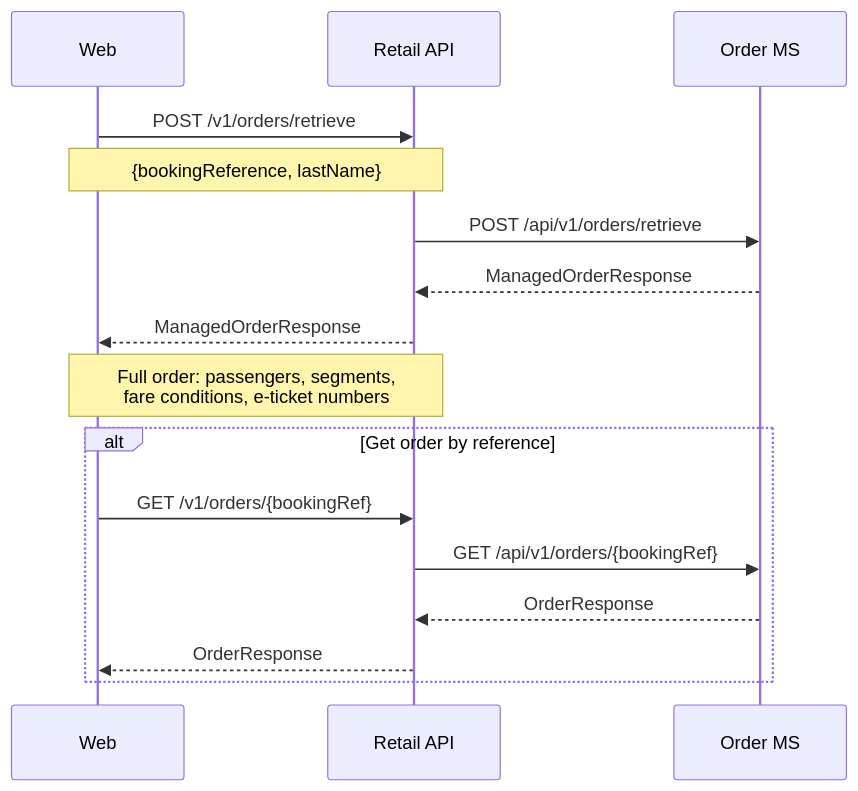
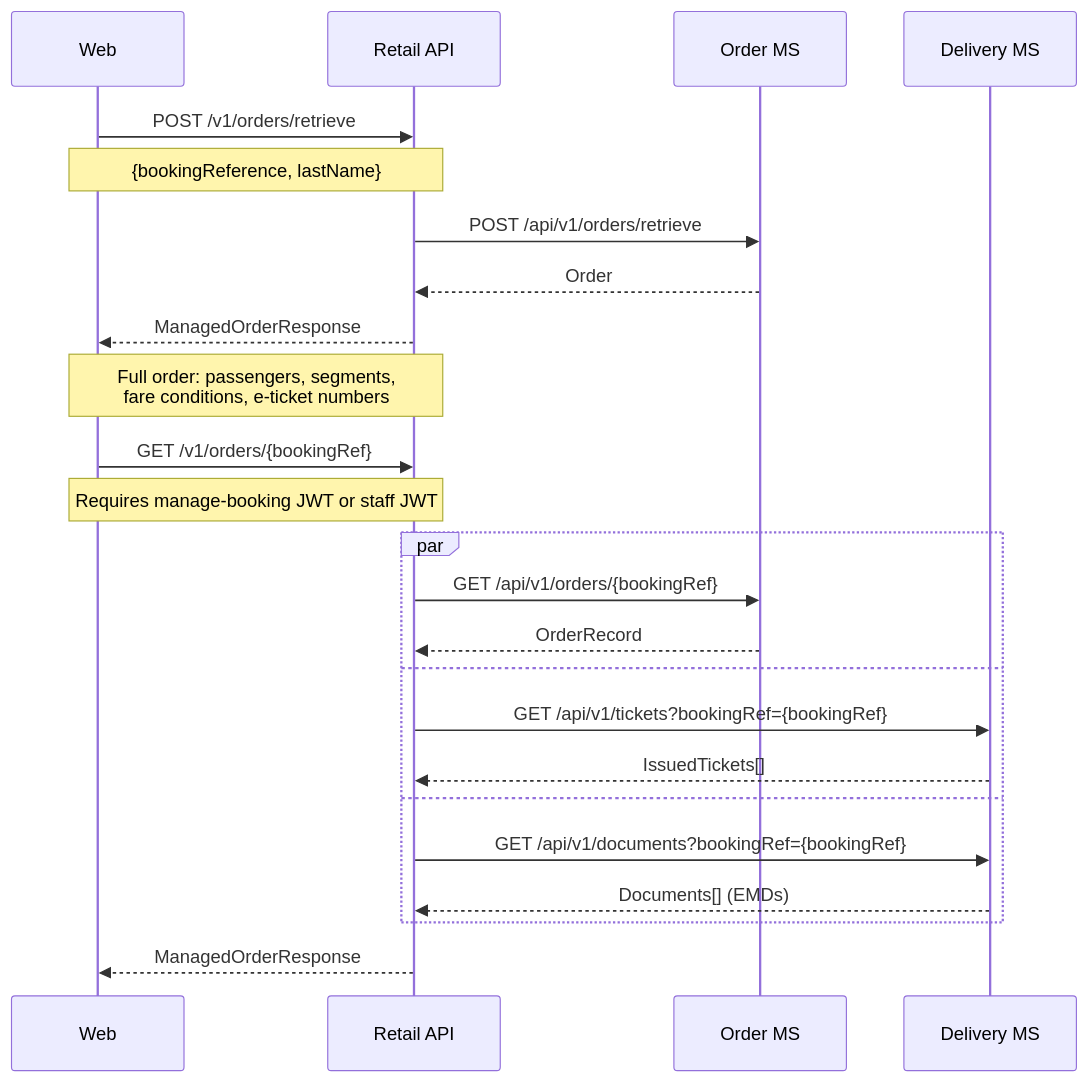
One commit to sebharvey/airline-reservation-system changed the first of 9 diagrams in documentation/sequences/manage-booking.md. Above: the diagram before and after it, drawn with Mermaid. The commit also changed other lines of this file and 11 other files, not shown here.

````diff
--- a/documentation/sequences/manage-booking.md
+++ b/documentation/sequences/manage-booking.md
@@ -9,20 +11,30 @@
 ```mermaid
 sequenceDiagram
     participant Web
     participant RetailAPI as Retail API
     participant OrderMS as Order MS
+    participant DeliveryMS as Delivery MS
 
     Web->>RetailAPI: POST /v1/orders/retrieve
     Note over Web,RetailAPI: {bookingReference, lastName}
     RetailAPI->>OrderMS: POST /api/v1/orders/retrieve
-    OrderMS-->>RetailAPI: ManagedOrderResponse
+    OrderMS-->>RetailAPI: Order
     RetailAPI-->>Web: ManagedOrderResponse
     Note over RetailAPI,Web: Full order: passengers, segments,<br/>fare conditions, e-ticket numbers
 
-    alt Get order by reference
-        Web->>RetailAPI: GET /v1/orders/{bookingRef}
+    Web->>RetailAPI: GET /v1/orders/{bookingRef}
+    Note over Web,RetailAPI: Requires manage-booking JWT or staff JWT
+
+    par
         RetailAPI->>OrderMS: GET /api/v1/orders/{bookingRef}
-        OrderMS-->>RetailAPI: OrderResponse
-        RetailAPI-->>Web: OrderResponse
+        OrderMS-->>RetailAPI: OrderRecord
+    and
+        RetailAPI->>DeliveryMS: GET /api/v1/tickets?bookingRef={bookingRef}
+        DeliveryMS-->>RetailAPI: IssuedTickets[]
+    and
+        RetailAPI->>DeliveryMS: GET /api/v1/documents?bookingRef={bookingRef}
+        DeliveryMS-->>RetailAPI: Documents[] (EMDs)
     end
+
+    RetailAPI-->>Web: ManagedOrderResponse
 ```
````
